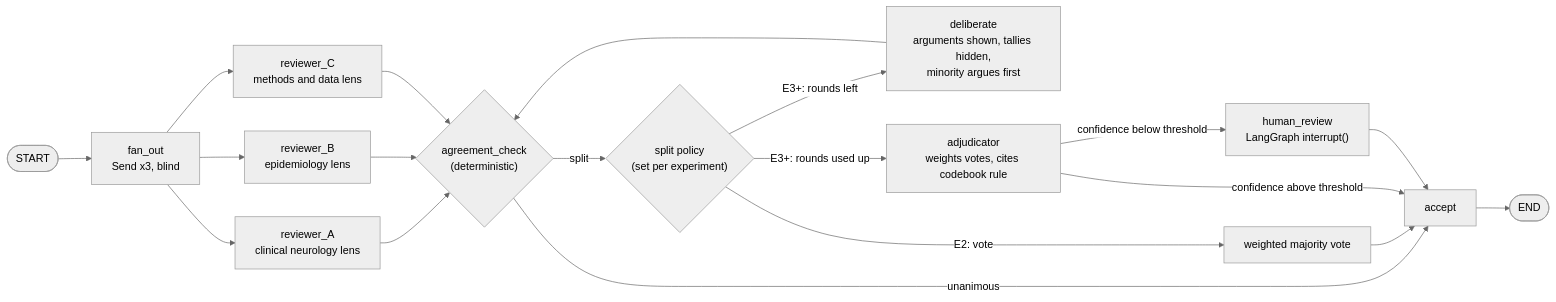
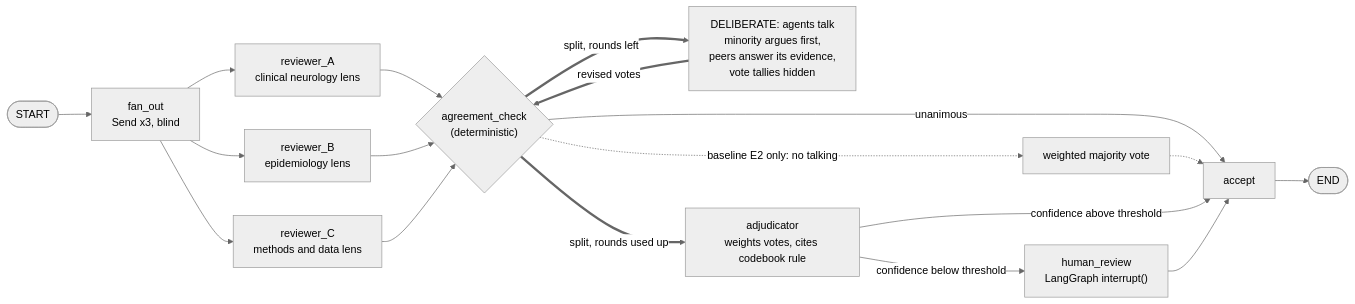
One commit to iUtsa/adrd-multiagent-review changed the second of 4 diagrams in docs/ARCHITECTURE.md. Above: the diagram before and after it, drawn with Mermaid (neutral theme). The commit also changed other lines of this file and 3 other files, not shown here.

````diff
--- a/docs/ARCHITECTURE.md
+++ b/docs/ARCHITECTURE.md
@@ -96,21 +96,20 @@
 ```mermaid
 flowchart LR
     S([START]) --> F["fan_out<br/>Send x3, blind"]
     F --> RA["reviewer_A<br/>clinical neurology lens"]
     F --> RB["reviewer_B<br/>epidemiology lens"]
     F --> RC["reviewer_C<br/>methods and data lens"]
     RA --> AG{"agreement_check<br/>(deterministic)"}
     RB --> AG
     RC --> AG
     AG -->|unanimous| ACC["accept"]
-    AG -->|split| POL{"split policy<br/>(set per experiment)"}
-    POL -->|"E2: vote"| VOTE["weighted majority vote"]
-    VOTE --> ACC
-    POL -->|"E3+: rounds left"| DL["deliberate<br/>arguments shown, tallies hidden,<br/>minority argues first"]
-    DL --> AG
-    POL -->|"E3+: rounds used up"| ADJ["adjudicator<br/>weights votes, cites codebook rule"]
+    AG ==>|"split, rounds left"| DL["DELIBERATE: agents talk<br/>minority argues first,<br/>peers answer its evidence,<br/>vote tallies hidden"]
+    DL ==>|revised votes| AG
+    AG ==>|"split, rounds used up"| ADJ["adjudicator<br/>weights votes, cites codebook rule"]
+    AG -.->|"baseline E2 only: no talking"| VOTE["weighted majority vote"]
+    VOTE -.-> ACC
     ADJ -->|confidence above threshold| ACC
     ADJ -->|confidence below threshold| H["human_review<br/>LangGraph interrupt()"]
     H --> ACC
     ACC --> E([END])
 ```
````
